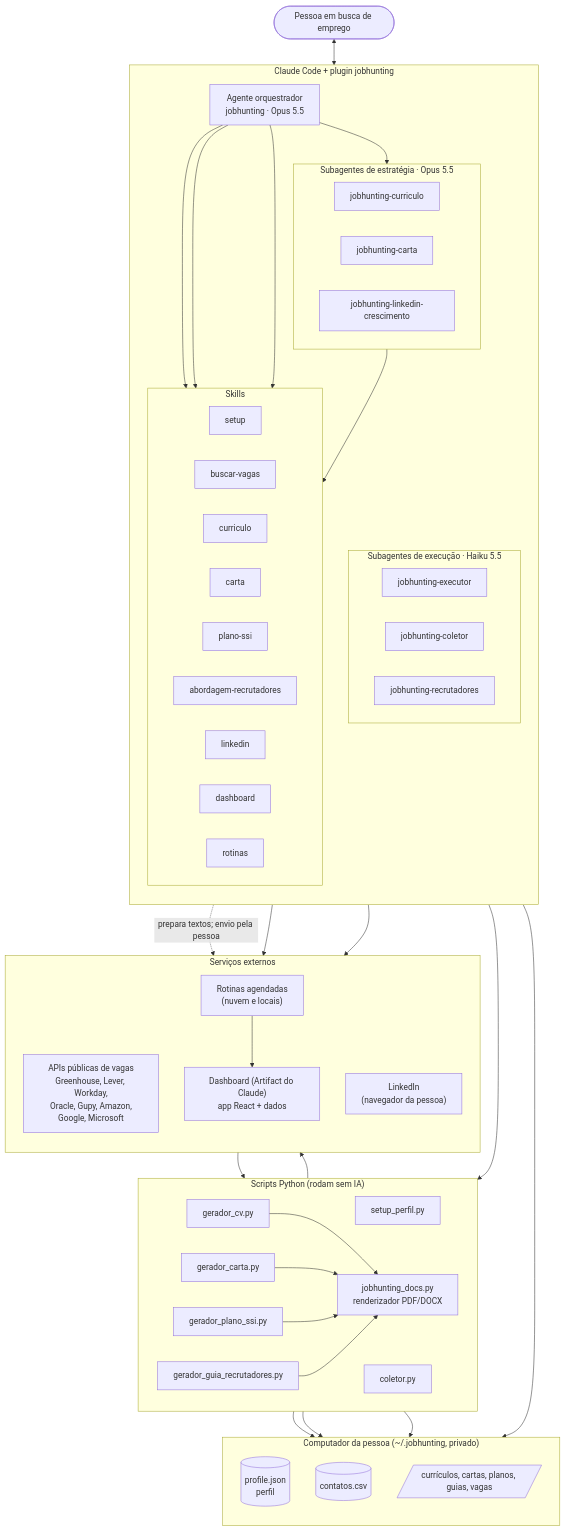
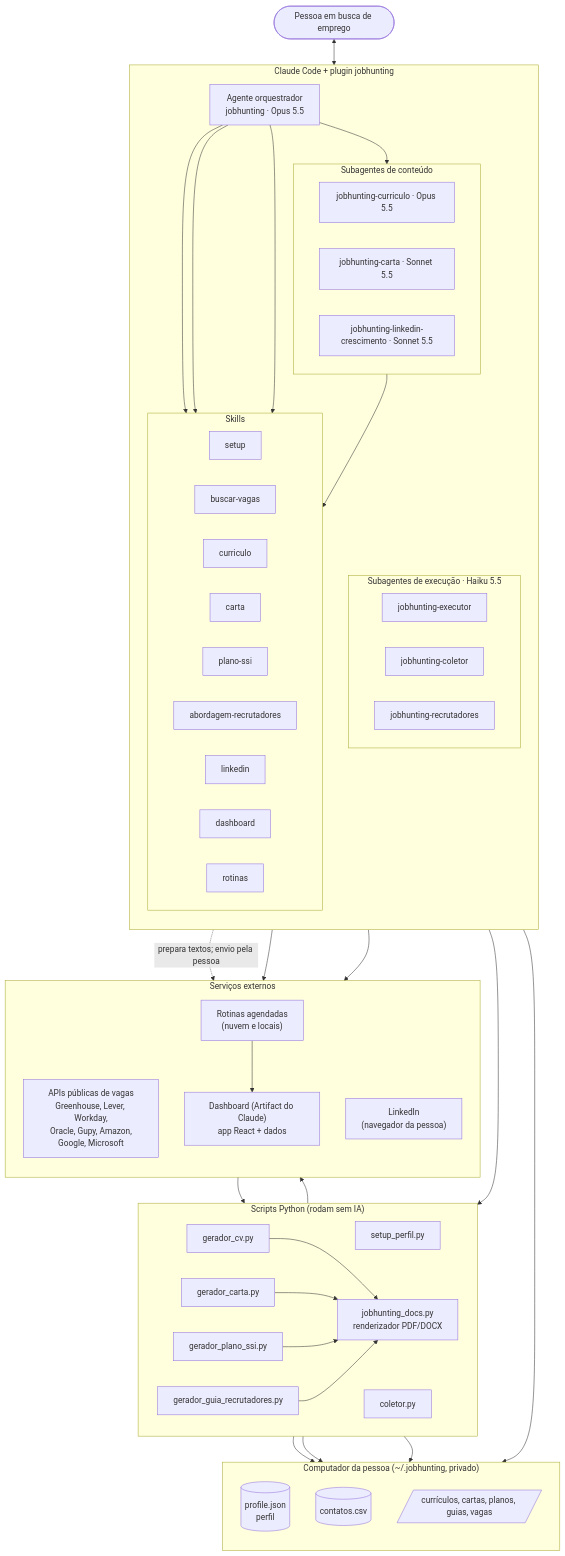
Before and after one commit to fajoao/JobHunting: the first of 3 diagrams in docs/arquitetura.md, drawn with Mermaid. The commit also changed other lines of this file and 9 other files, not shown here.

First line of the commit message:
v0.6.1: carta e plano de SSI no Sonnet 5.5; README mostra o modelo de cada parte

````diff
--- a/docs/arquitetura.md
+++ b/docs/arquitetura.md
@@ -7,76 +7,76 @@
 ```mermaid
 flowchart TB
     U([Pessoa em busca de emprego])
 
     subgraph CC["Claude Code + plugin jobhunting"]
         direction TB
         ORQ["Agente orquestrador<br/>jobhunting · Opus 5.5"]
-        subgraph SUB["Subagentes de estratégia · Opus 5.5"]
+        subgraph SUB["Subagentes de conteúdo"]
             direction LR
-            A2[jobhunting-curriculo]
-            A3[jobhunting-carta]
-            A4[jobhunting-linkedin-crescimento]
+            A2["jobhunting-curriculo · Opus 5.5"]
+            A3["jobhunting-carta · Sonnet 5.5"]
+            A4["jobhunting-linkedin-crescimento · Sonnet 5.5"]
         end
         subgraph EXE["Subagentes de execução · Haiku 5.5"]
             direction LR
             A6[jobhunting-executor]
             A1[jobhunting-coletor]
             A5[jobhunting-recrutadores]
         end
         subgraph SK["Skills"]
             direction LR
             S0[setup]
             S1[buscar-vagas]
             S2[curriculo]
             S3[carta]
             S4[plano-ssi]
             S5[abordagem-recrutadores]
             S6[linkedin]
             S7[dashboard]
             S8[rotinas]
         end
         ORQ --> SUB
         SUB --> SK
         ORQ --> S0 & S7 & S8
     end
 
     subgraph LOCAL["Computador da pessoa (~/.jobhunting, privado)"]
         direction TB
         P[(profile.json<br/>perfil)]
         C[(contatos.csv)]
         O[/currículos, cartas, planos, guias, vagas/]
     end
 
     subgraph PY["Scripts Python (rodam sem IA)"]
         direction LR
         G0[setup_perfil.py]
         G1[coletor.py]
         G2[gerador_cv.py]
         G3[gerador_carta.py]
         G4[gerador_plano_ssi.py]
         G5[gerador_guia_recrutadores.py]
         R[jobhunting_docs.py<br/>renderizador PDF/DOCX]
         G2 & G3 & G4 & G5 --> R
     end
 
     subgraph EXT["Serviços externos"]
         direction TB
         ATS["APIs públicas de vagas<br/>Greenhouse, Lever, Workday,<br/>Oracle, Gupy, Amazon,<br/>Google, Microsoft"]
         LI["LinkedIn<br/>(navegador da pessoa)"]
         DASH["Dashboard (Artifact do Claude)<br/>app React + dados"]
         ROT["Rotinas agendadas<br/>(nuvem e locais)"]
     end
 
     U <--> ORQ
     SK --> PY
     G0 --> P
     PY --> P
     PY --> O
     G1 --> ATS
     S6 -. "prepara textos; envio pela pessoa" .-> LI
     S6 --> C
     S7 --> DASH
     S8 --> ROT
     ROT --> G1
     ROT --> DASH
 ```
````
